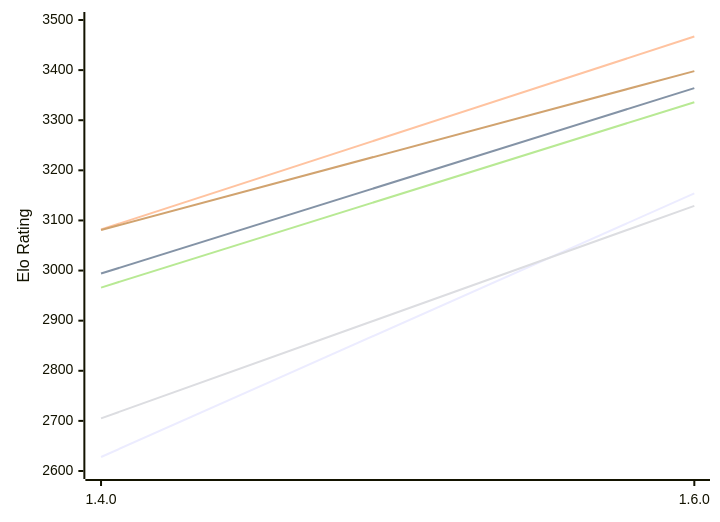
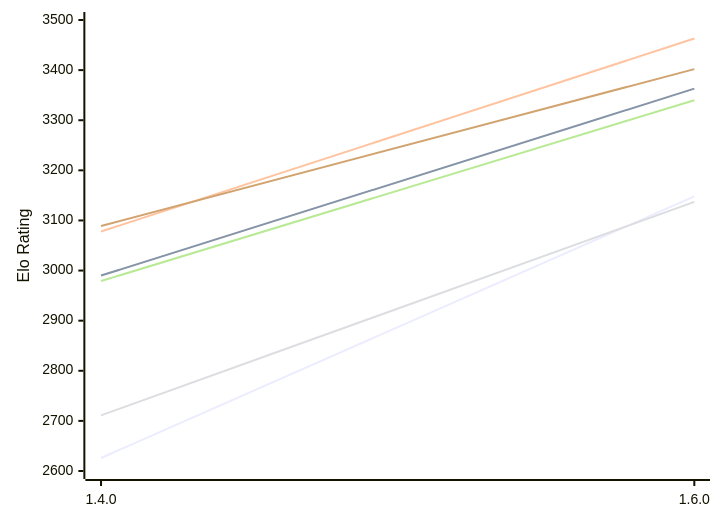
The first of 2 diagrams in engines/Gyatso.md (computer-chess-index/cci), drawn with Mermaid before and after one commit. The commit also changed other lines of this file, not shown here.

Commit message:
Update CCI Ratings (ELO VLTC) - 2026-11-21

````diff
--- a/engines/Gyatso.md
+++ b/engines/Gyatso.md
@@ -53,12 +53,12 @@
 ```mermaid
 %%{init: {"theme":"base","themeVariables":{"seriesColors:['#a3a3a3','#222221','#faa371']}}}%%
 xychart-beta
   x-axis ["1.4.0", "1.6.0"]
   y-axis "Elo Rating" 2600 --> 3500
-  line "E1: STC (8.0+0.08s)" [2628, 3154]
-  line "E1: LTC (60.0+0.60s)" [2994, 3364]
-  line "E1: VLTC (2m24s+1.12s)" [3082, 3467]
-  line "P1: STC (8.0+0.08s)" [2705, 3129]
-  line "P1: LTC (60.0+0.60s)" [2966, 3336]
-  line "P1: VLTC (2m24s+1.12s)" [3081, 3398]
+  line "E1: STC (8.0+0.08s)" [2626, 3148]
+  line "E1: LTC (60.0+0.60s)" [2990, 3363]
+  line "E1: VLTC (2m24s+1.12s)" [3078, 3463]
+  line "P1: STC (8.0+0.08s)" [2711, 3137]
+  line "P1: LTC (60.0+0.60s)" [2979, 3340]
+  line "P1: VLTC (2m24s+1.12s)" [3089, 3402]
 ```
````
